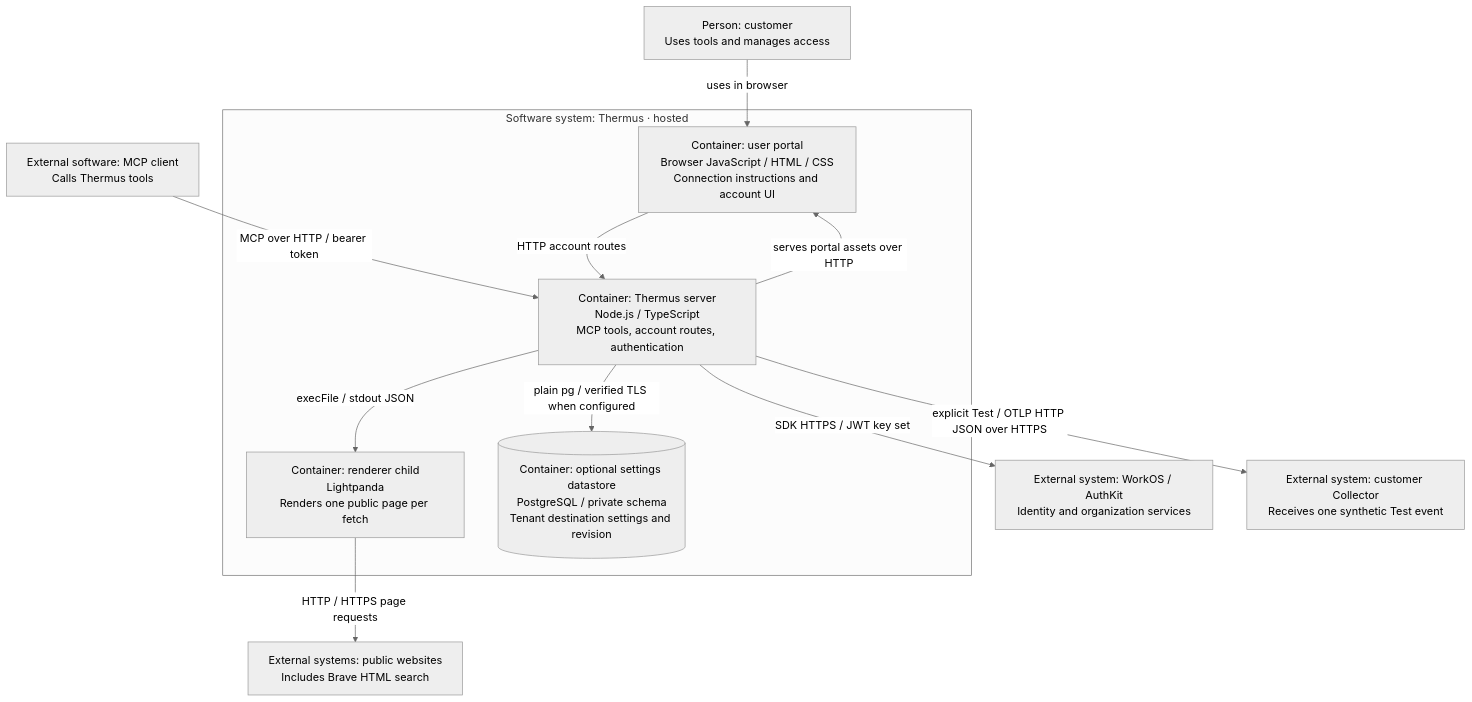
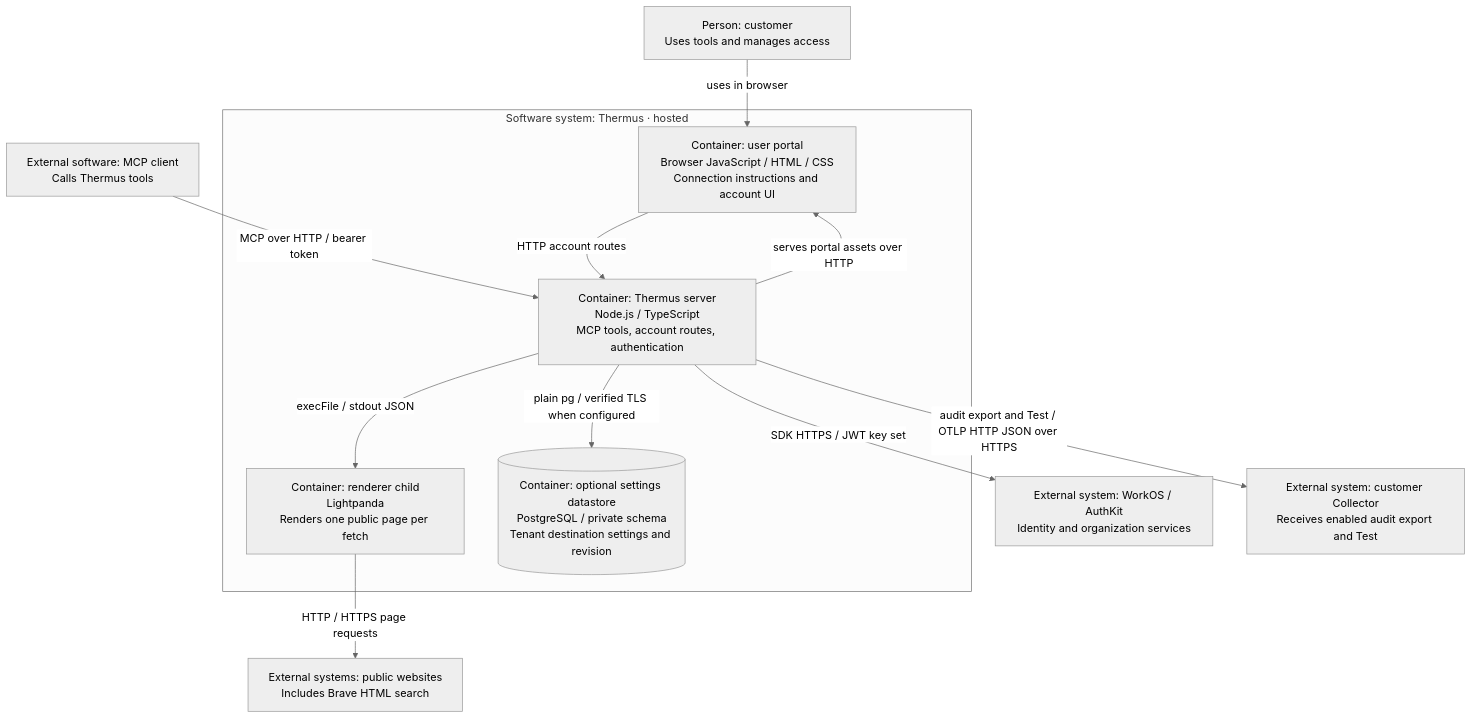
The second of 13 diagrams in architecture/components.md (tomer-mayara/Thermus), drawn with Mermaid (neutral theme) before and after one commit. The commit also changed other lines of this file and 13 other files, not shown here.

````diff
--- a/architecture/components.md
+++ b/architecture/components.md
@@ -57,24 +57,24 @@
 ```mermaid
 %%{init: {"flowchart": {"wrappingWidth": 260}}}%%
 flowchart TB
   hosted_user["Person: customer<br/>Uses tools and manages access"]
   hosted_client["External software: MCP client<br/>Calls Thermus tools"]
   subgraph hosted_system["Software system: Thermus · hosted"]
     hosted_portal["Container: user portal<br/>Browser JavaScript / HTML / CSS<br/>Connection instructions and account UI"]
     hosted_server["Container: Thermus server<br/>Node.js / TypeScript<br/>MCP tools, account routes, authentication"]
     hosted_renderer["Container: renderer child<br/>Lightpanda<br/>Renders one public page per fetch"]
     hosted_settings[("Container: optional settings datastore<br/>PostgreSQL / private schema<br/>Tenant destination settings and revision")]
   end
   hosted_workos["External system: WorkOS / AuthKit<br/>Identity and organization services"]
   hosted_public["External systems: public websites<br/>Includes Brave HTML search"]
-  hosted_collector["External system: customer Collector<br/>Receives one synthetic Test event"]
+  hosted_collector["External system: customer Collector<br/>Receives enabled audit export and Test"]
   hosted_user -->|uses in browser| hosted_portal
   hosted_client -->|MCP over HTTP / bearer token| hosted_server
   hosted_portal -->|HTTP account routes| hosted_server
   hosted_server -->|serves portal assets over HTTP| hosted_portal
   hosted_server -->|SDK HTTPS / JWT key set| hosted_workos
   hosted_server -->|plain pg / verified TLS when configured| hosted_settings
-  hosted_server -->|explicit Test / OTLP HTTP JSON over HTTPS| hosted_collector
+  hosted_server -->|audit export and Test / OTLP HTTP JSON over HTTPS| hosted_collector
   hosted_server -->|execFile / stdout JSON| hosted_renderer
   hosted_renderer -->|HTTP / HTTPS page requests| hosted_public
 ```
````
